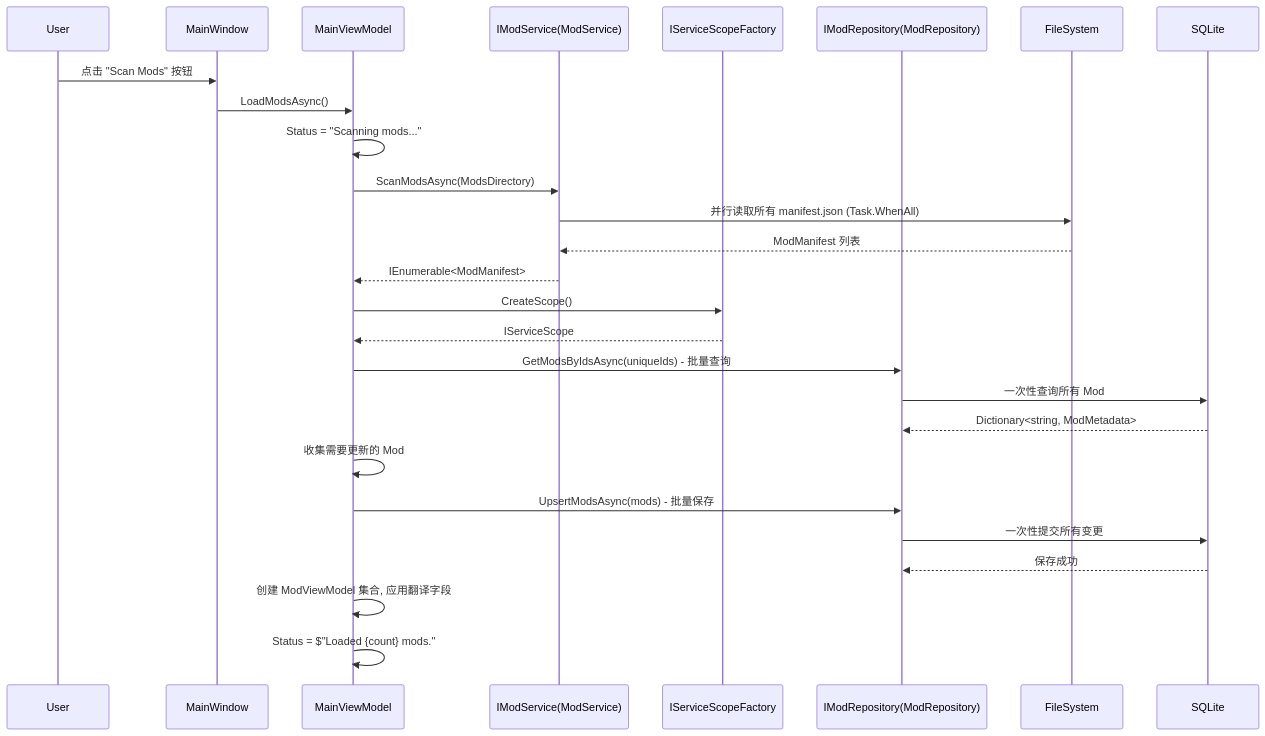
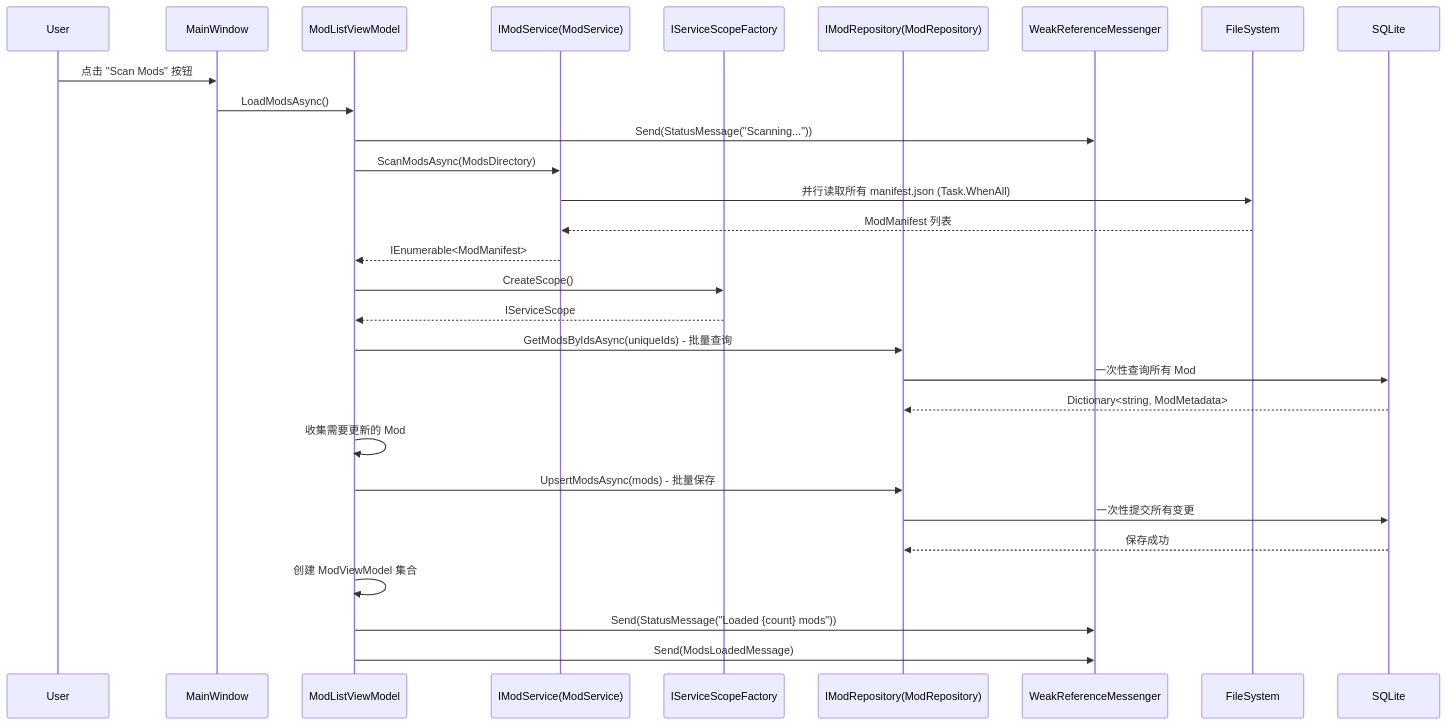
One commit to Sisyphean-a/SMTMS changed the sixth of 11 diagrams in docs/ARCHITECTURE.md. Above: the diagram before and after it, drawn with Mermaid. The commit also changed other lines of this file and 12 other files, not shown here.

````diff
--- a/docs/ARCHITECTURE.md
+++ b/docs/ARCHITECTURE.md
@@ -226,33 +247,35 @@
 ```mermaid
 sequenceDiagram
     participant U as User
     participant V as MainWindow
-    participant VM as MainViewModel
+    participant ModListVM as ModListViewModel
     participant MS as IModService(ModService)
     participant Scope as IServiceScopeFactory
     participant Repo as IModRepository(ModRepository)
+    participant Msg as WeakReferenceMessenger
     participant FS as FileSystem
     participant DB as SQLite
 
     U->>V: 点击 "Scan Mods" 按钮
-    V->>VM: LoadModsAsync()
-    VM->>VM: Status = "Scanning mods..."
-    VM->>MS: ScanModsAsync(ModsDirectory)
+    V->>ModListVM: LoadModsAsync()
+    ModListVM->>Msg: Send(StatusMessage("Scanning..."))
+    ModListVM->>MS: ScanModsAsync(ModsDirectory)
     MS->>FS: 并行读取所有 manifest.json (Task.WhenAll)
     FS-->>MS: ModManifest 列表
-    MS-->>VM: IEnumerable<ModManifest>
+    MS-->>ModListVM: IEnumerable<ModManifest>
 
-    VM->>Scope: CreateScope()
-    Scope-->>VM: IServiceScope
-    VM->>Repo: GetModsByIdsAsync(uniqueIds) - 批量查询
+    ModListVM->>Scope: CreateScope()
+    Scope-->>ModListVM: IServiceScope
+    ModListVM->>Repo: GetModsByIdsAsync(uniqueIds) - 批量查询
     Repo->>DB: 一次性查询所有 Mod
     DB-->>Repo: Dictionary<string, ModMetadata>
 
-    VM->>VM: 收集需要更新的 Mod
-    VM->>Repo: UpsertModsAsync(mods) - 批量保存
+    ModListVM->>ModListVM: 收集需要更新的 Mod
+    ModListVM->>Repo: UpsertModsAsync(mods) - 批量保存
     Repo->>DB: 一次性提交所有变更
     DB-->>Repo: 保存成功
 
-    VM->>VM: 创建 ModViewModel 集合, 应用翻译字段
-    VM->>VM: Status = $"Loaded {count} mods."
+    ModListVM->>ModListVM: 创建 ModViewModel 集合
+    ModListVM->>Msg: Send(StatusMessage("Loaded {count} mods"))
+    ModListVM->>Msg: Send(ModsLoadedMessage)
 ```
````
